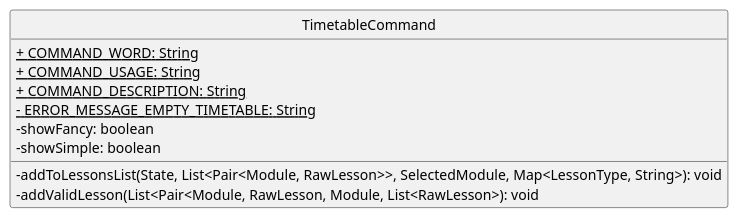
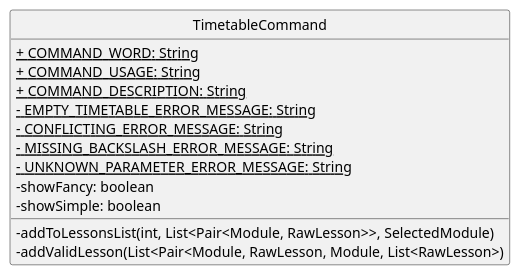
One commit to nus-cs2113-AY2223S1/tp changed the diagram in docs/UMLdiagrams/TimetableCommandClass.puml. Above: the diagram before and after it, drawn with PlantUML. The commit also changed 6 other files, not shown here.

```diff
--- a/docs/UMLdiagrams/TimetableCommandClass.puml
+++ b/docs/UMLdiagrams/TimetableCommandClass.puml
@@ -1,17 +1,20 @@
 @startuml
 'https://plantuml.com/sequence-diagram
 hide circle
 skinparam classAttributeIconSize 0
 
 class TimetableCommand {
     <u>+ COMMAND_WORD: String
     <u>+ COMMAND_USAGE: String
     <u>+ COMMAND_DESCRIPTION: String
-    <u>- ERROR_MESSAGE_EMPTY_TIMETABLE: String
+    <u>- EMPTY_TIMETABLE_ERROR_MESSAGE: String
+    <u>- CONFLICTING_ERROR_MESSAGE: String
+    <u>- MISSING_BACKSLASH_ERROR_MESSAGE: String
+    <u>- UNKNOWN_PARAMETER_ERROR_MESSAGE: String
     - showFancy: boolean
     - showSimple: boolean
 
-    - addToLessonsList(State, List<Pair<Module, RawLesson>>, SelectedModule, Map<LessonType, String>): void
-    - addValidLesson(List<Pair<Module, RawLesson, Module, List<RawLesson>): void
+    - addToLessonsList(int, List<Pair<Module, RawLesson>>, SelectedModule)
+    - addValidLesson(List<Pair<Module, RawLesson, Module, List<RawLesson>)
 }
 @enduml
```
